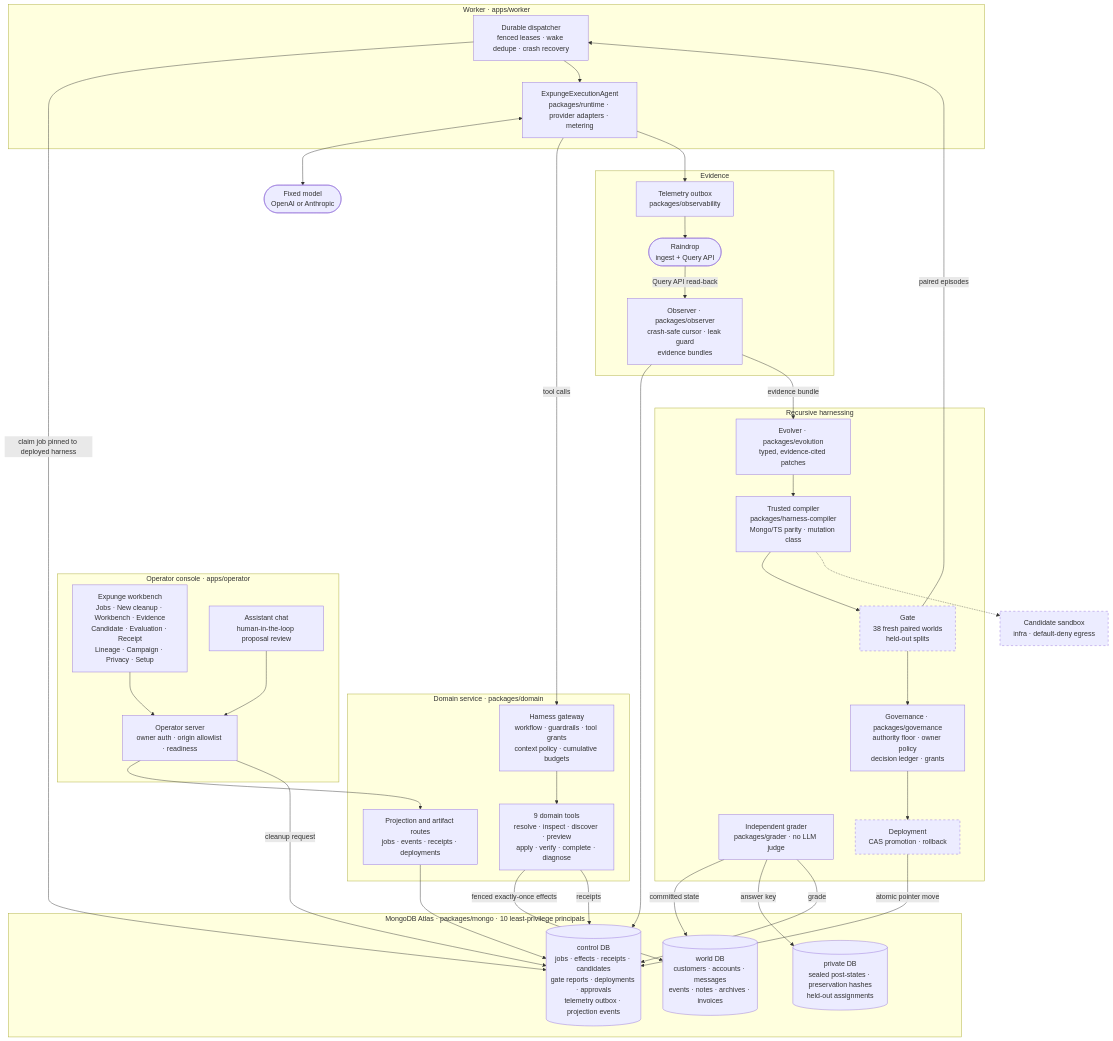
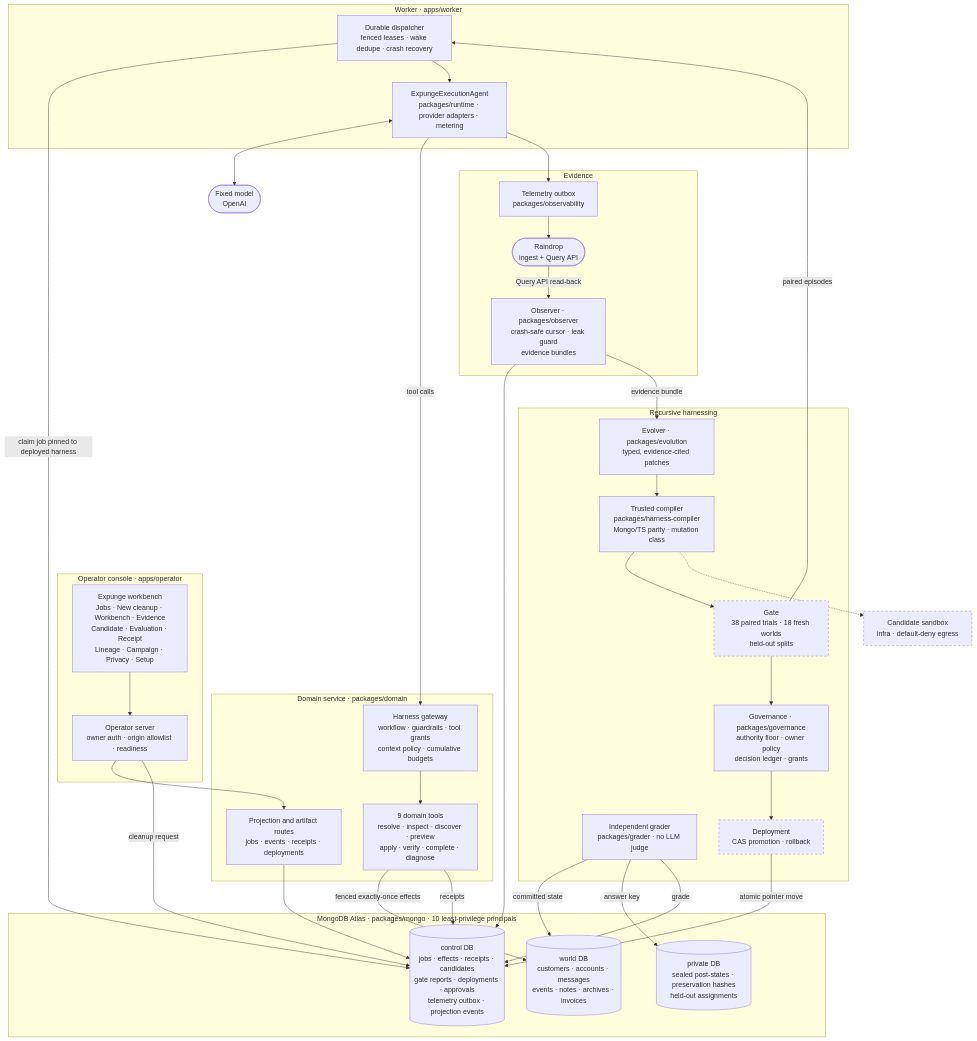
The first of 2 diagrams in README.md (nihalnihalani/expunge), drawn with Mermaid before and after one commit. The commit also changed other lines of this file and 1 other file, not shown here.

````diff
--- a/README.md
+++ b/README.md
@@ -73,75 +76,73 @@
 ```mermaid
 flowchart TB
   subgraph OPERATOR["Operator console · apps/operator"]
     UI["Expunge workbench<br/>Jobs · New cleanup · Workbench · Evidence<br/>Candidate · Evaluation · Receipt<br/>Lineage · Campaign · Privacy · Setup"]
-    CHAT["Assistant chat<br/>human-in-the-loop proposal review"]
     OPSRV["Operator server<br/>owner auth · origin allowlist · readiness"]
   end
 
   subgraph DOMAIN["Domain service · packages/domain"]
     GW["Harness gateway<br/>workflow · guardrails · tool grants<br/>context policy · cumulative budgets"]
     TOOLS["9 domain tools<br/>resolve · inspect · discover · preview<br/>apply · verify · complete · diagnose"]
     PROJ["Projection and artifact routes<br/>jobs · events · receipts · deployments"]
   end
 
   subgraph WORKER["Worker · apps/worker"]
     DISP["Durable dispatcher<br/>fenced leases · wake dedupe · crash recovery"]
     AGENT["ExpungeExecutionAgent<br/>packages/runtime · provider adapters · metering"]
   end
 
-  LLM(["Fixed model<br/>OpenAI or Anthropic"])
+  LLM(["Fixed model<br/>OpenAI"])
 
   subgraph MONGO["MongoDB Atlas · packages/mongo · 10 least-privilege principals"]
     WORLD[("world DB<br/>customers · accounts · messages<br/>events · notes · archives · invoices")]
     CTRL[("control DB<br/>jobs · effects · receipts · candidates<br/>gate reports · deployments · approvals<br/>telemetry outbox · projection events")]
     PRIV[("private DB<br/>sealed post-states · preservation hashes<br/>held-out assignments")]
   end
 
   subgraph EVIDENCE["Evidence"]
     OUTBOX["Telemetry outbox<br/>packages/observability"]
     RD(["Raindrop<br/>ingest + Query API"])
     OBSV["Observer · packages/observer<br/>crash-safe cursor · leak guard<br/>evidence bundles"]
   end
 
   subgraph RSI["Recursive harnessing"]
     GRADER["Independent grader<br/>packages/grader · no LLM judge"]
     EVO["Evolver · packages/evolution<br/>typed, evidence-cited patches"]
     COMP["Trusted compiler<br/>packages/harness-compiler<br/>Mongo/TS parity · mutation class"]
-    GATE["Gate<br/>38 fresh paired worlds<br/>held-out splits"]
+    GATE["Gate<br/>38 paired trials · 18 fresh worlds<br/>held-out splits"]
     GOV["Governance · packages/governance<br/>authority floor · owner policy<br/>decision ledger · grants"]
     DEP["Deployment<br/>CAS promotion · rollback"]
   end
 
   SBX["Candidate sandbox<br/>infra · default-deny egress"]
 
   UI --> OPSRV
-  CHAT --> OPSRV
   OPSRV --> PROJ
   OPSRV -- "cleanup request" --> CTRL
   DISP -- "claim job pinned to deployed harness" --> CTRL
   DISP --> AGENT
   AGENT <--> LLM
   AGENT -- "tool calls" --> GW
   GW --> TOOLS
   TOOLS -- "fenced exactly-once effects" --> WORLD
   TOOLS -- "receipts" --> CTRL
   PROJ --> CTRL
   AGENT --> OUTBOX
   OUTBOX --> RD
   RD -- "Query API read-back" --> OBSV
   OBSV --> CTRL
   GRADER -- "committed state" --> WORLD
   GRADER -- "answer key" --> PRIV
   GRADER -- "grade" --> CTRL
   OBSV -- "evidence bundle" --> EVO
   EVO --> COMP
   COMP --> GATE
   GATE -- "paired episodes" --> DISP
   GATE --> GOV
   GOV --> DEP
   DEP -- "atomic pointer move" --> CTRL
   COMP -.-> SBX
 
   classDef wip stroke-dasharray: 5 5
   class GATE,DEP,SBX wip
 ```
````
